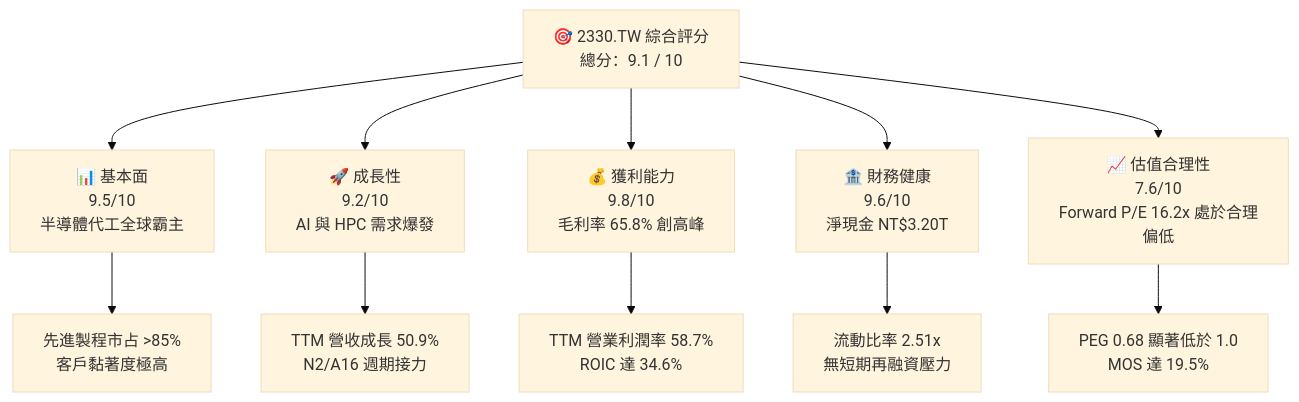
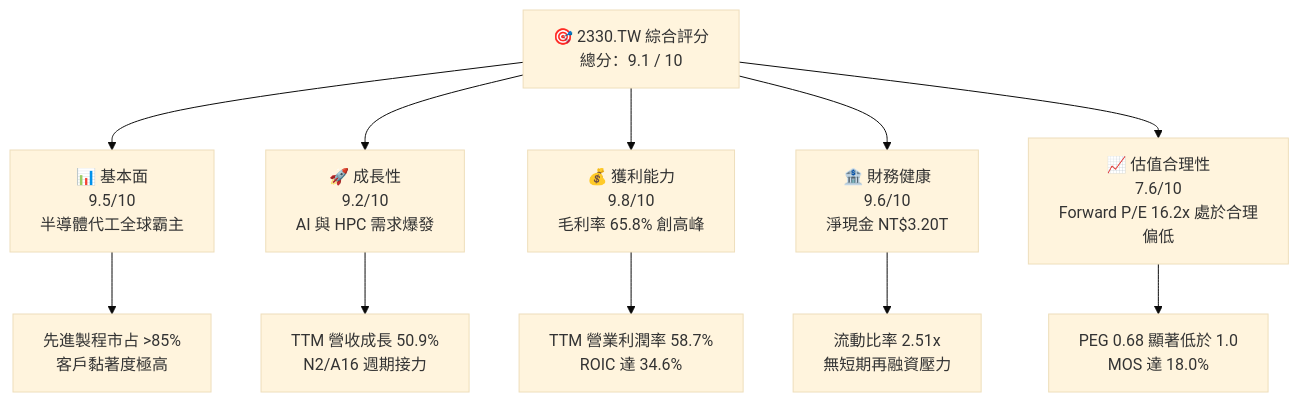
One commit to yennanliu/finance_data changed the first of 15 diagrams in ai_gen_report/fundamental/2330.tw/fundamental_analysis_2026-10-20_gemini.md. Above: the diagram before and after it, drawn with Mermaid (base theme). The commit also changed other lines of this file and 339 other files, not shown here.

````diff
--- a/ai_gen_report/fundamental/2330.tw/fundamental_analysis_2026-10-20_gemini.md
+++ b/ai_gen_report/fundamental/2330.tw/fundamental_analysis_2026-10-20_gemini.md
@@ -58,22 +65,22 @@
 ```mermaid
 graph TD
     TICKER["🎯 2330.TW 綜合評分<br/>總分：9.1 / 10"]
 
     F["📊 基本面<br/>9.5/10<br/>半導體代工全球霸主"]
     G["🚀 成長性<br/>9.2/10<br/>AI 與 HPC 需求爆發"]
     P["💰 獲利能力<br/>9.8/10<br/>毛利率 65.8% 創高峰"]
     B["🏦 財務健康<br/>9.6/10<br/>淨現金 NT$3.20T"]
     V["📈 估值合理性<br/>7.6/10<br/>Forward P/E 16.2x 處於合理偏低"]
 
     TICKER --> F
     TICKER --> G
     TICKER --> P
     TICKER --> B
     TICKER --> V
 
     F --> F1["先進製程市占 >85%<br/>客戶黏著度極高"]
     G --> G1["TTM 營收成長 50.9%<br/>N2/A16 週期接力"]
     P --> P1["TTM 營業利潤率 58.7%<br/>ROIC 達 34.6%"]
     B --> B1["流動比率 2.51x<br/>無短期再融資壓力"]
-    V --> V1["PEG 0.68 顯著低於 1.0<br/>MOS 達 19.5%"]
+    V --> V1["PEG 0.68 顯著低於 1.0<br/>MOS 達 18.0%"]
 ```
````
